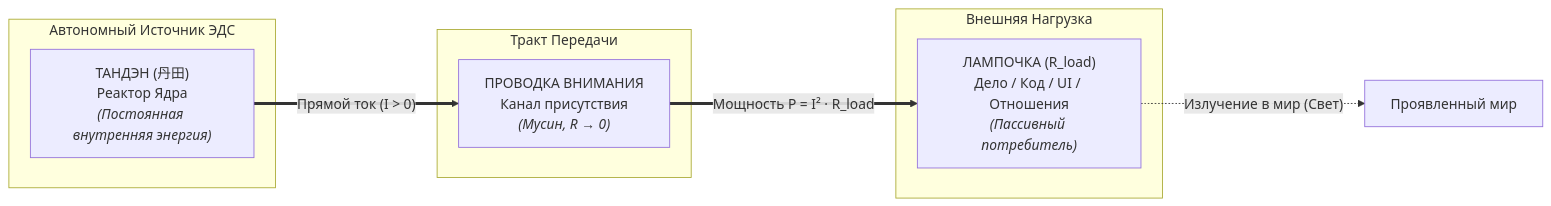
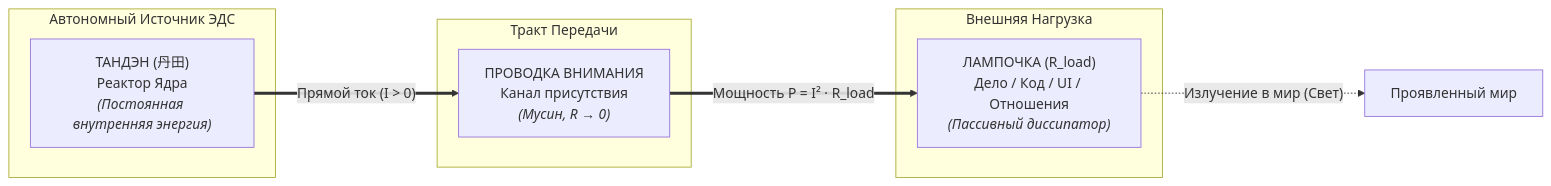
Before and after one commit to vsanyanov-ux/inner-current: the first of 3 diagrams in wiki/17-the-nature-of-the-light-bulb-and-zen-load.md, drawn with Mermaid. The commit also changed other lines of this file and 81 other files, not shown here.

Commit message:
feat(core): v1.4.0 - Zen architecture refactoring, pure physics engine, telemetry validation and domain registries

````diff
--- a/wiki/17-the-nature-of-the-light-bulb-and-zen-load.md
+++ b/wiki/17-the-nature-of-the-light-bulb-and-zen-load.md
@@ -27,18 +27,18 @@
 ```mermaid
 flowchart LR
     subgraph S1 ["Автономный Источник ЭДС"]
         T["ТАНДЭН (丹田)<br/>Реактор Ядра<br/><i>(Постоянная внутренняя энергия)</i>"]
     end
 
     subgraph S2 ["Тракт Передачи"]
         W["ПРОВОДКА ВНИМАНИЯ<br/>Канал присутствия<br/><i>(Мусин, R → 0)</i>"]
     end
 
     subgraph S3 ["Внешняя Нагрузка"]
-        L["ЛАМПОЧКА (R_load)<br/>Дело / Код / UI / Отношения<br/><i>(Пассивный потребитель)</i>"]
+        L["ЛАМПОЧКА (R_load)<br/>Дело / Код / UI / Отношения<br/><i>(Пассивный диссипатор)</i>"]
     end
 
     T ==>|"Прямой ток (I > 0)"| W
     W ==>|"Мощность P = I² · R_load"| L
     L -.->|"Излучение в мир (Свет)"| World["Проявленный мир"]
 ```
````
